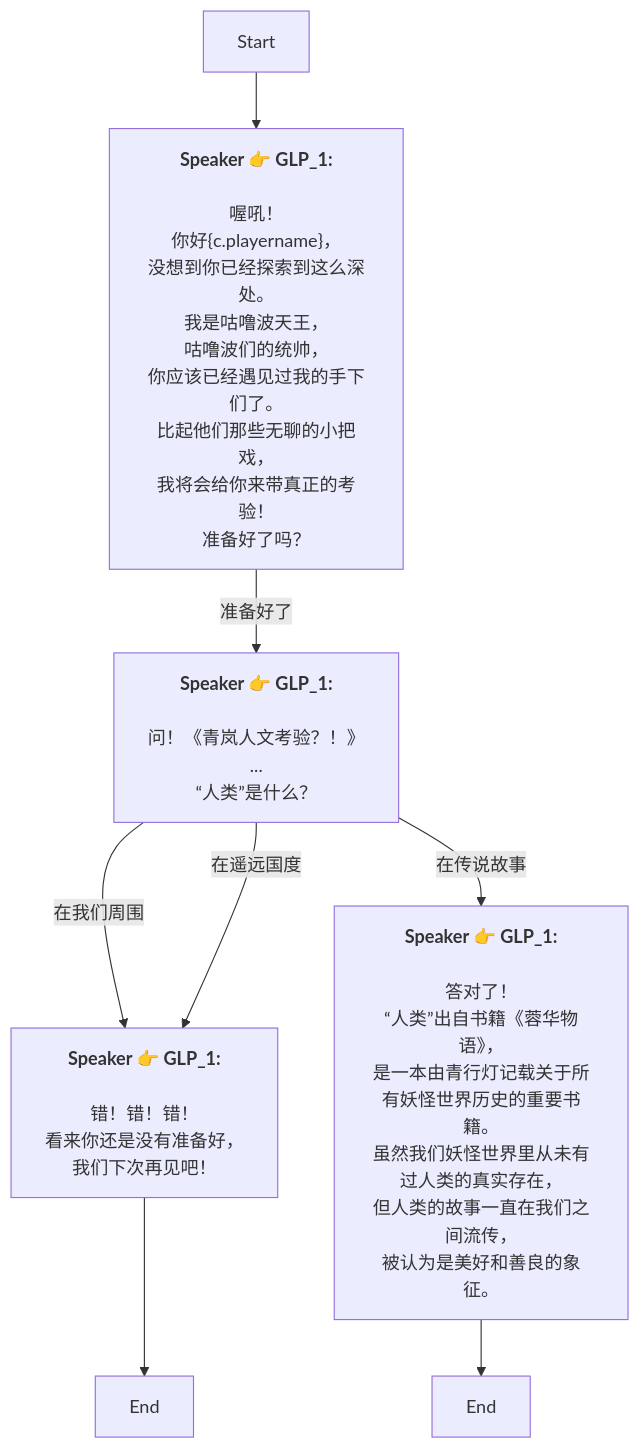
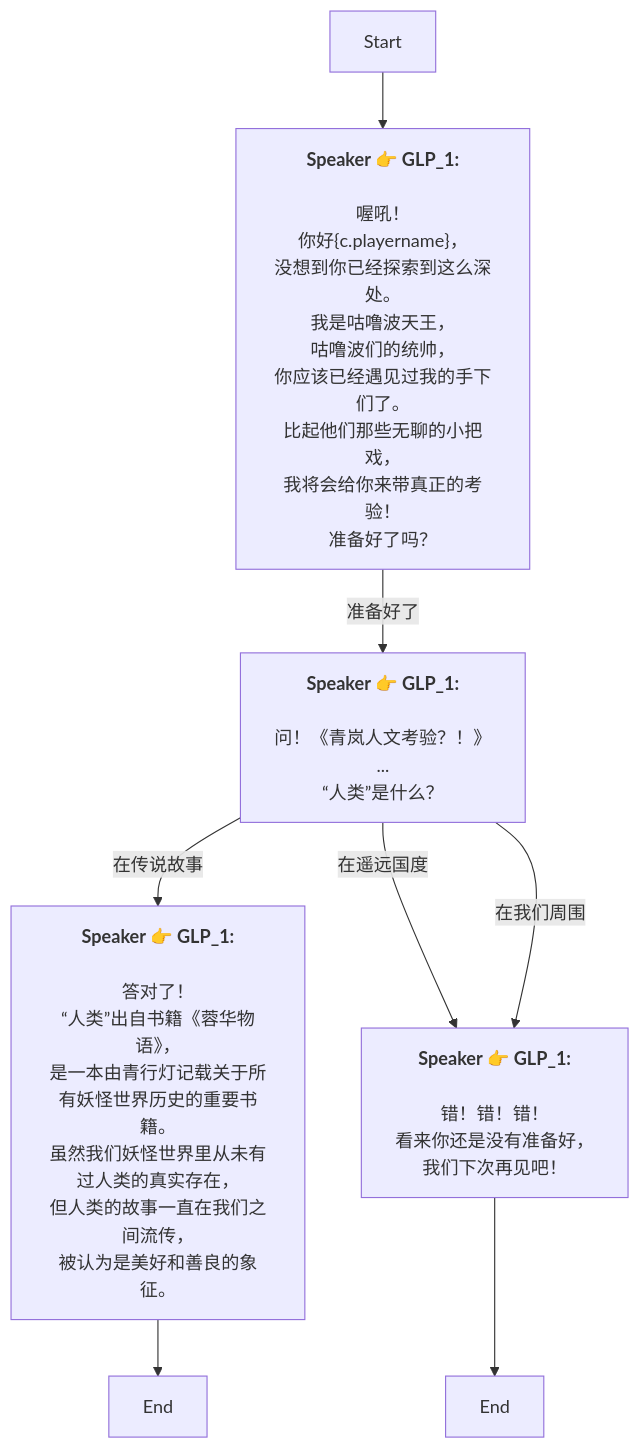
One commit to SoftHu/tos_avg changed the diagram in Zh/4_4_1_gaming.md. Above: the diagram before and after it, drawn with Mermaid. The commit also changed other lines of this file and 780 other files, not shown here.

````diff
--- a/Zh/4_4_1_gaming.md
+++ b/Zh/4_4_1_gaming.md
@@ -1,29 +1,29 @@
 ```mermaid
 graph
 Start -->1759525374602824[<b>Speaker 👉 GLP_1:</b>
 \n喔吼！
 你好&lbrace;c.playername&rbrace;，
 没想到你已经探索到这么深处。\n我是咕噜波天王，
 咕噜波们的统帅，
 你应该已经遇见过我的手下们了。\n比起他们那些无聊的小把戏，
 我将会给你来带真正的考验！
 准备好了吗？]
 1759525374602824 -->|准备好了|1759525703176780[<b>Speaker 👉 GLP_1:</b>
 \n问！《青岚人文考验？！》
 ...
 “人类”是什么？]
-1759525703176780 -->|在我们周围|1759525952616021[<b>Speaker 👉 GLP_1:</b>
-\n错！错！错！\n看来你还是没有准备好，
-我们下次再见吧！]
-1759525703176780 -->|在遥远国度|1759525952616021[<b>Speaker 👉 GLP_1:</b>
-\n错！错！错！\n看来你还是没有准备好，
-我们下次再见吧！]
 1759525703176780 -->|在传说故事|1759526024569432[<b>Speaker 👉 GLP_1:</b>
 \n答对了！\n“人类”出自书籍《蓉华物语》，
 是一本由青行灯记载关于所有妖怪世界历史的重要书籍。\n虽然我们妖怪世界里从未有过人类的真实存在，
 但人类的故事一直在我们之间流传，
 被认为是美好和善良的象征。]
+1759525703176780 -->|在遥远国度|1759525952616021[<b>Speaker 👉 GLP_1:</b>
+\n错！错！错！\n看来你还是没有准备好，
+我们下次再见吧！]
+1759525703176780 -->|在我们周围|1759525952616021[<b>Speaker 👉 GLP_1:</b>
+\n错！错！错！\n看来你还是没有准备好，
+我们下次再见吧！]
 1759525952616021 -->1759526013052502[End]
 1759526024569432 -->1759526016419415[End]
 
 ```
````
